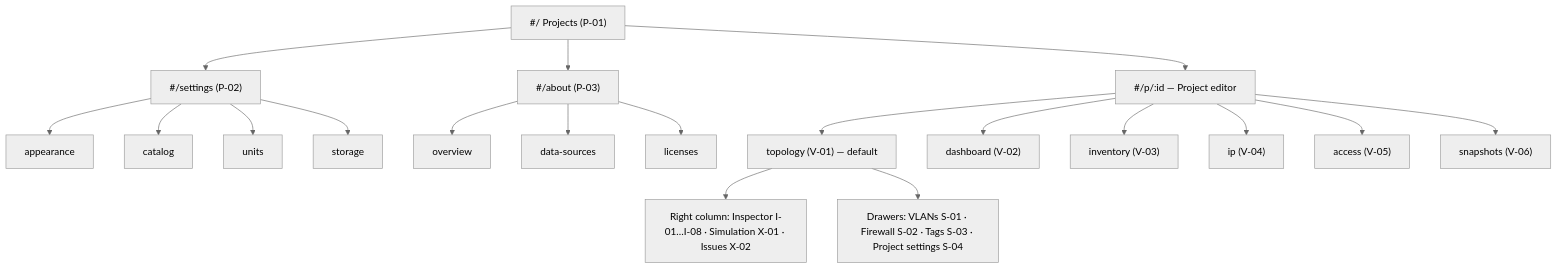
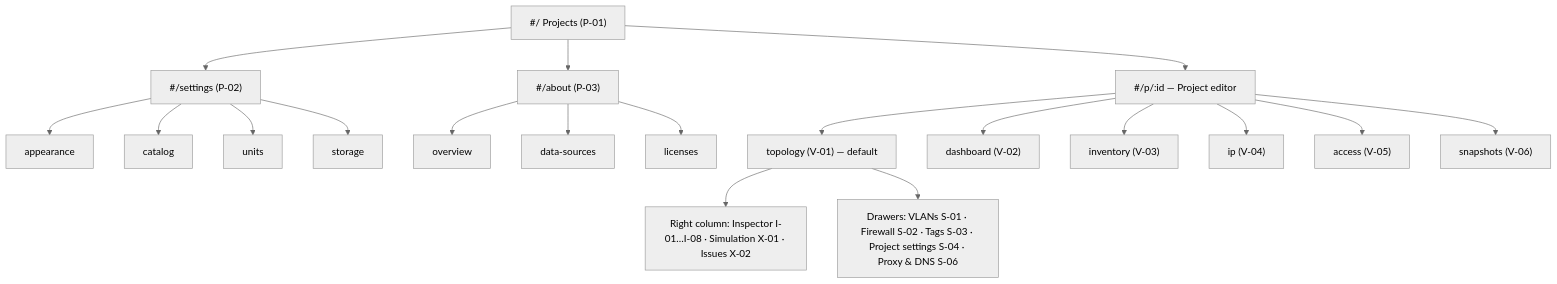
The diagram in docs/07-mapa-widokow.md (Kassek-dev/server-planner), drawn with Mermaid (neutral theme) before and after one commit. The commit also changed other lines of this file and 64 other files, not shown here.

First line of the commit message:
feat(model)!: reverse proxy routes, local dns records and cable label pattern (#37)

````diff
--- a/docs/07-mapa-widokow.md
+++ b/docs/07-mapa-widokow.md
@@ -33,26 +33,26 @@
 ```mermaid
 flowchart TD
   ROOT["#/ Projects (P-01)"]
   ROOT --> SET["#/settings (P-02)"]
   ROOT --> ABOUT["#/about (P-03)"]
   ROOT --> PRJ["#/p/:id — Project editor"]
 
   SET --> SET1[appearance]
   SET --> SET2[catalog]
   SET --> SET3[units]
   SET --> SET4[storage]
 
   ABOUT --> AB1[overview]
   ABOUT --> AB2[data-sources]
   ABOUT --> AB3[licenses]
 
   PRJ --> V1["topology (V-01) — default"]
   PRJ --> V2["dashboard (V-02)"]
   PRJ --> V3["inventory (V-03)"]
   PRJ --> V4["ip (V-04)"]
   PRJ --> V5["access (V-05)"]
   PRJ --> V6["snapshots (V-06)"]
 
   V1 --> PAN["Right column: Inspector I-01…I-08 · Simulation X-01 · Issues X-02"]
-  V1 --> DRW["Drawers: VLANs S-01 · Firewall S-02 · Tags S-03 · Project settings S-04"]
+  V1 --> DRW["Drawers: VLANs S-01 · Firewall S-02 · Tags S-03 · Project settings S-04 · Proxy & DNS S-06"]
 ```
````
